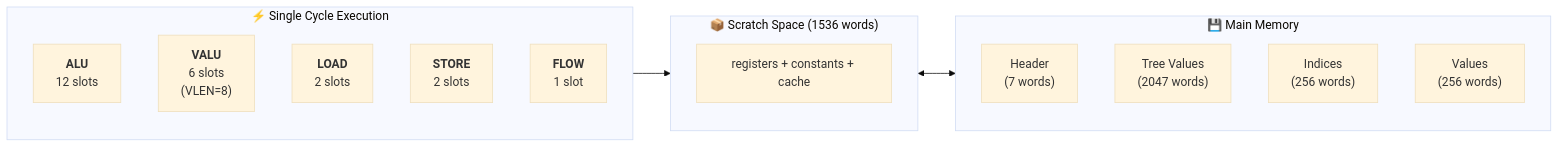
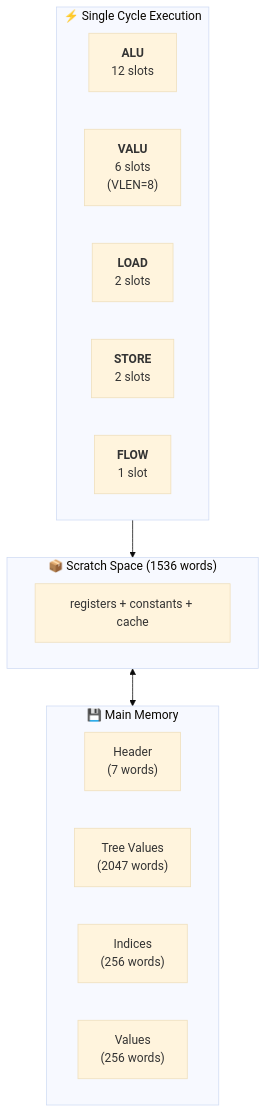
The first of 4 diagrams in content/posts/anthropic-performance-takehome-deep-dive.md (trirpi/trirpi.github.io), drawn with Mermaid (base theme) before and after one commit.

Commit message:
Fix architecture diagram: vertical flow with horizontal engines

````diff
--- a/content/posts/anthropic-performance-takehome-deep-dive.md
+++ b/content/posts/anthropic-performance-takehome-deep-dive.md
@@ -31,24 +31,27 @@
 ```mermaid
-flowchart LR
+flowchart TB
     subgraph cycle["⚡ Single Cycle Execution"]
+        direction LR
         ALU["<b>ALU</b><br/>12 slots"]
         VALU["<b>VALU</b><br/>6 slots<br/>(VLEN=8)"]
         LOAD["<b>LOAD</b><br/>2 slots"]
         STORE["<b>STORE</b><br/>2 slots"]
         FLOW["<b>FLOW</b><br/>1 slot"]
     end
     
     subgraph scratch["📦 Scratch Space (1536 words)"]
+        direction LR
         REG["registers + constants + cache"]
     end
     
     subgraph mem["💾 Main Memory"]
+        direction LR
         HEADER["Header<br/>(7 words)"]
         TREE["Tree Values<br/>(2047 words)"]
         IDX["Indices<br/>(256 words)"]
         VAL["Values<br/>(256 words)"]
     end
     
     cycle --> scratch
     scratch <--> mem
 ```
````
